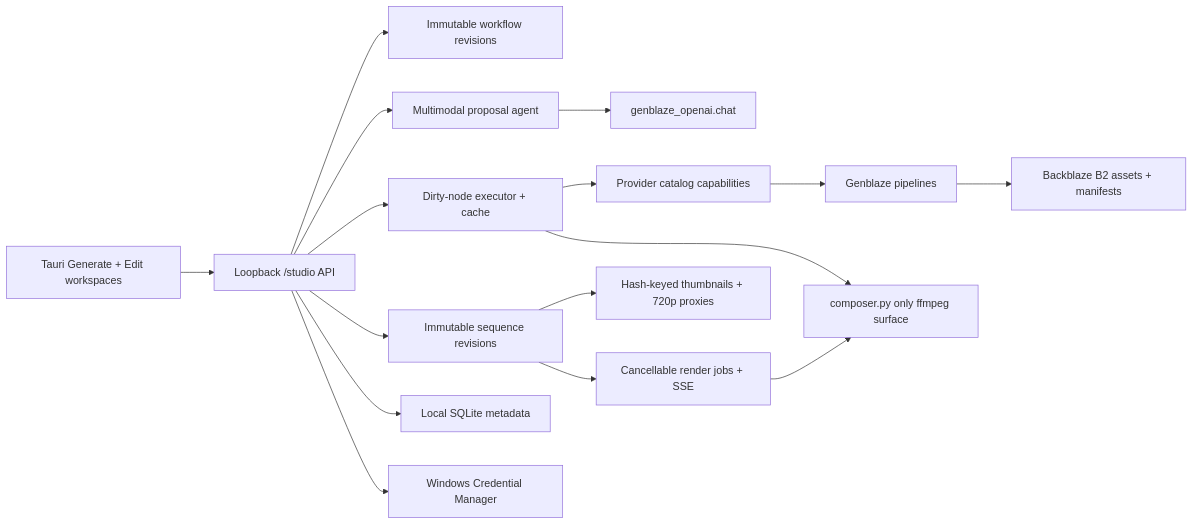
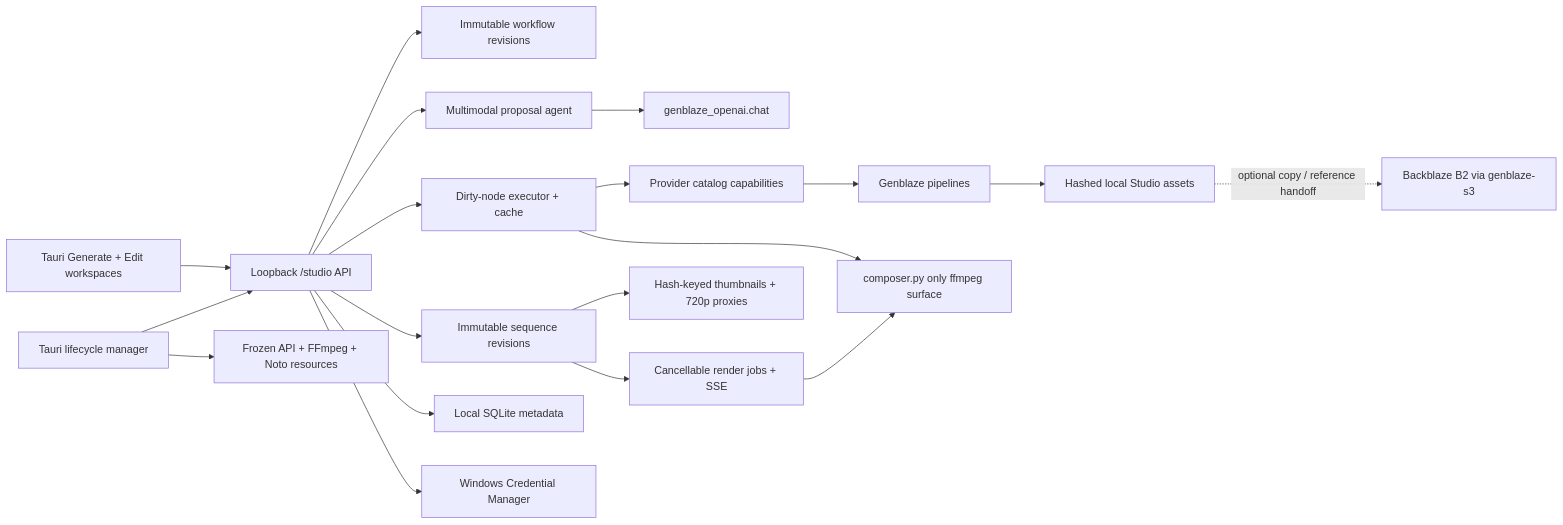
One commit to malawadd/thikra-hack changed the first of 6 diagrams in ARCHITECTURE.md. Above: the diagram before and after it, drawn with Mermaid. The commit also changed other lines of this file and 49 other files, not shown here.

````diff
--- a/ARCHITECTURE.md
+++ b/ARCHITECTURE.md
@@ -7,18 +7,21 @@
 ```mermaid
 flowchart LR
     UI["Tauri Generate + Edit workspaces"] --> API["Loopback /studio API"]
     API --> REV["Immutable workflow revisions"]
     API --> AG["Multimodal proposal agent"]
     API --> EX["Dirty-node executor + cache"]
     AG --> CHAT["genblaze_openai.chat"]
     EX --> CAT["Provider catalog capabilities"]
     CAT --> GEN["Genblaze pipelines"]
-    GEN --> B2["Backblaze B2 assets + manifests"]
+    GEN --> LOCAL["Hashed local Studio assets"]
+    LOCAL -. "optional copy / reference handoff" .-> B2["Backblaze B2 via genblaze-s3"]
     EX --> COMP["composer.py only ffmpeg surface"]
     API --> SEQ["Immutable sequence revisions"]
     SEQ --> PREVIEW["Hash-keyed thumbnails + 720p proxies"]
     SEQ --> RENDER["Cancellable render jobs + SSE"]
     RENDER --> COMP
     API --> SQL["Local SQLite metadata"]
     API --> KR["Windows Credential Manager"]
+    SHELL["Tauri lifecycle manager"] --> API
+    SHELL --> BIN["Frozen API + FFmpeg + Noto resources"]
 ```
````
